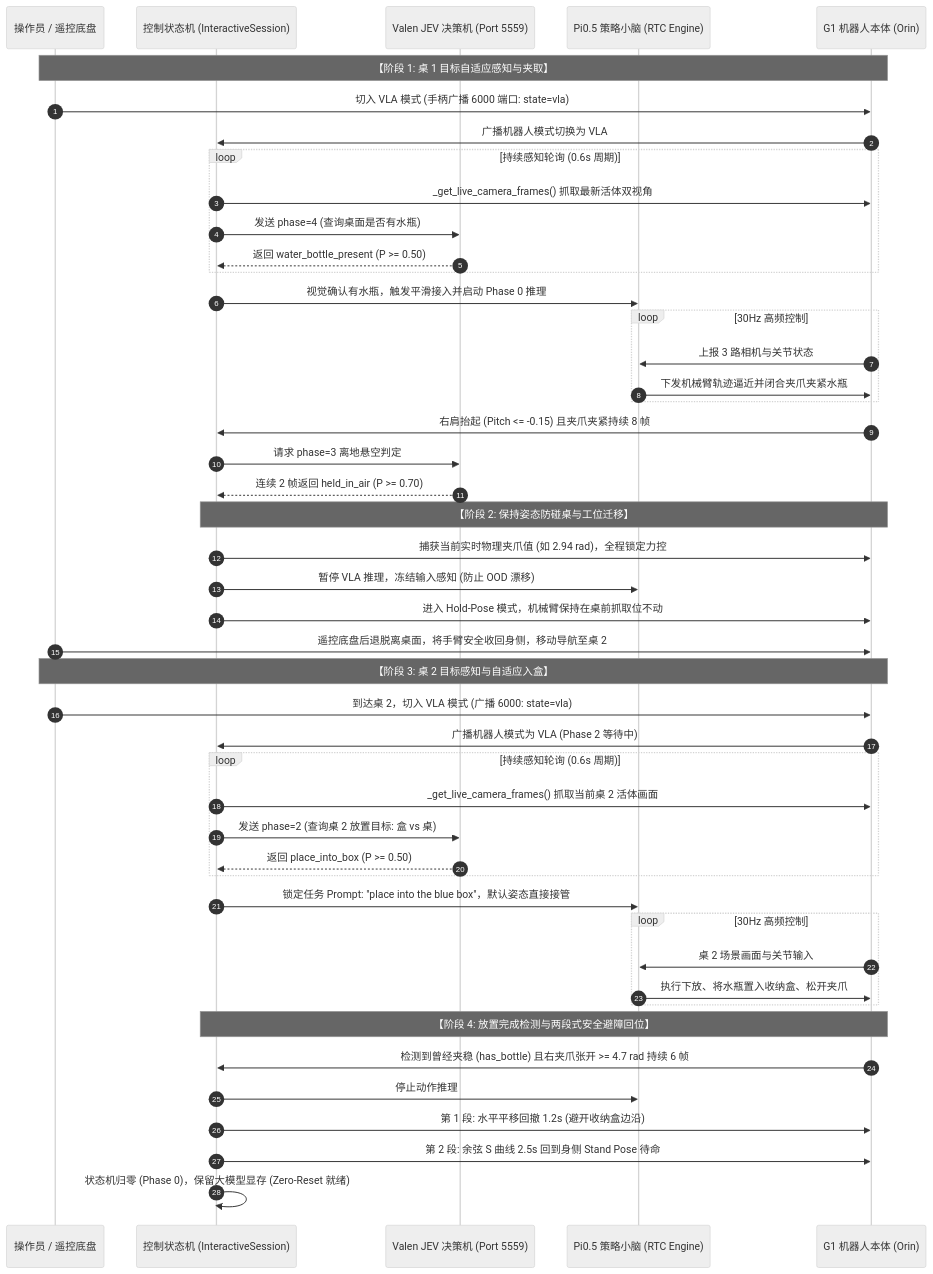
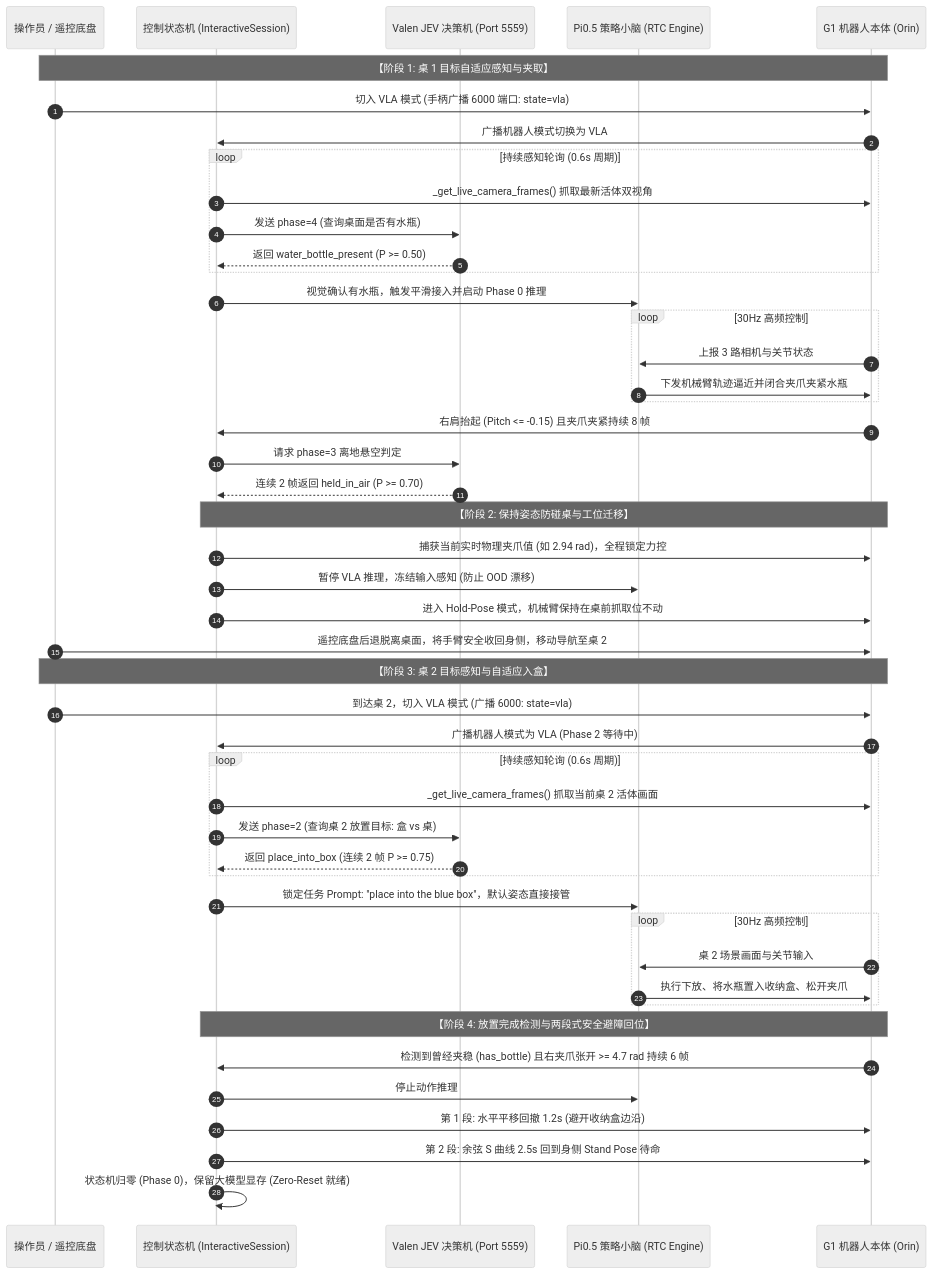
Before and after one commit to Yichang-Feng/lerobot: the diagram in VLA_JEV_NAV_SYSTEM_GUIDE.md, drawn with Mermaid (neutral theme). The commit also changed other lines of this file and 9 other files, not shown here.

````diff
--- a/VLA_JEV_NAV_SYSTEM_GUIDE.md
+++ b/VLA_JEV_NAV_SYSTEM_GUIDE.md
@@ -160,53 +162,53 @@
 ```mermaid
 sequenceDiagram
     autonumber
     participant OP as 操作员 / 遥控底盘
     participant FSM as 控制状态机 (InteractiveSession)
     participant JEV as Valen JEV 决策机 (Port 5559)
     participant VLA as Pi0.5 策略小脑 (RTC Engine)
     participant ROB as G1 机器人本体 (Orin)
 
     Note over OP,ROB: 【阶段 1: 桌 1 目标自适应感知与夹取】
     OP->>ROB: 切入 VLA 模式 (手柄广播 6000 端口: state=vla)
     ROB->>FSM: 广播机器人模式切换为 VLA
     loop 持续感知轮询 (0.6s 周期)
         FSM->>ROB: _get_live_camera_frames() 抓取最新活体双视角
         FSM->>JEV: 发送 phase=4 (查询桌面是否有水瓶)
         JEV-->>FSM: 返回 water_bottle_present (P >= 0.50)
     end
     FSM->>VLA: 视觉确认有水瓶，触发平滑接入并启动 Phase 0 推理
     loop 30Hz 高频控制
         ROB->>VLA: 上报 3 路相机与关节状态
         VLA->>ROB: 下发机械臂轨迹逼近并闭合夹爪夹紧水瓶
     end
     ROB->>FSM: 右肩抬起 (Pitch <= -0.15) 且夹爪夹紧持续 8 帧
     FSM->>JEV: 请求 phase=3 离地悬空判定
     JEV-->>FSM: 连续 2 帧返回 held_in_air (P >= 0.70)
     
     Note over FSM,ROB: 【阶段 2: 保持姿态防碰桌与工位迁移】
     FSM->>ROB: 捕获当前实时物理夹爪值 (如 2.94 rad)，全程锁定力控
     FSM->>VLA: 暂停 VLA 推理，冻结输入感知 (防止 OOD 漂移)
     FSM->>ROB: 进入 Hold-Pose 模式，机械臂保持在桌前抓取位不动
     OP->>ROB: 遥控底盘后退脱离桌面，将手臂安全收回身侧，移动导航至桌 2
     
     Note over OP,ROB: 【阶段 3: 桌 2 目标感知与自适应入盒】
     OP->>ROB: 到达桌 2，切入 VLA 模式 (广播 6000: state=vla)
     ROB->>FSM: 广播机器人模式为 VLA (Phase 2 等待中)
     loop 持续感知轮询 (0.6s 周期)
         FSM->>ROB: _get_live_camera_frames() 抓取当前桌 2 活体画面
         FSM->>JEV: 发送 phase=2 (查询桌 2 放置目标: 盒 vs 桌)
-        JEV-->>FSM: 返回 place_into_box (P >= 0.50)
+        JEV-->>FSM: 返回 place_into_box (连续 2 帧 P >= 0.75)
     end
     FSM->>VLA: 锁定任务 Prompt: "place into the blue box"，默认姿态直接接管
     loop 30Hz 高频控制
         ROB->>VLA: 桌 2 场景画面与关节输入
         VLA->>ROB: 执行下放、将水瓶置入收纳盒、松开夹爪
     end
     
     Note over FSM,ROB: 【阶段 4: 放置完成检测与两段式安全避障回位】
     ROB->>FSM: 检测到曾经夹稳 (has_bottle) 且右夹爪张开 >= 4.7 rad 持续 6 帧
     FSM->>VLA: 停止动作推理
     FSM->>ROB: 第 1 段: 水平平移回撤 1.2s (避开收纳盒边沿)
     FSM->>ROB: 第 2 段: 余弦 S 曲线 2.5s 回到身侧 Stand Pose 待命
     FSM->>FSM: 状态机归零 (Phase 0)，保留大模型显存 (Zero-Reset 就绪)
 ```
````
